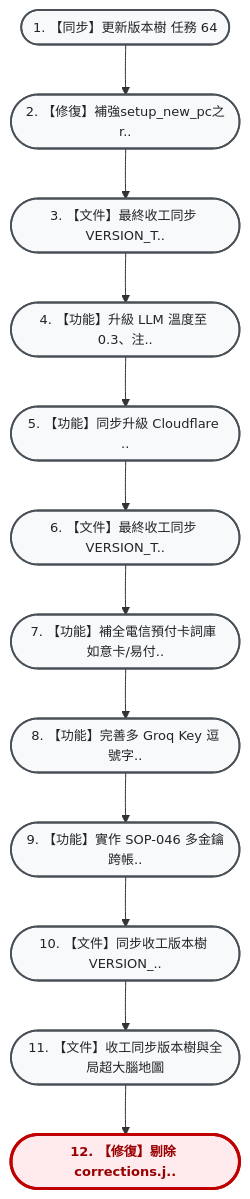
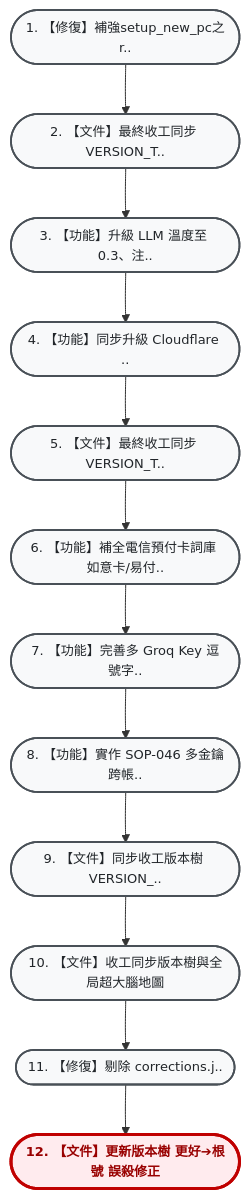
Before and after one commit to hjen8/NoType-Scribe: the diagram in VERSION_TREE.md, drawn with Mermaid. The commit also changed other lines of this file, not shown here.

Commit message:
docs: 收工同步版本樹與全局超大腦地圖 (Task 68 圓滿收工)

````diff
--- a/VERSION_TREE.md
+++ b/VERSION_TREE.md
@@ -13,32 +13,32 @@
 ```mermaid
 flowchart TD
     %% 雙壁版本樹專用視覺化配色風格 (由上而下 TD 垂直大字純中文版)
     classDef default fill:#f8f9fa,stroke:#495057,stroke-width:1.8px,color:#212529,font-size:13px;
     classDef current fill:#ffebee,stroke:#c00000,stroke-width:3px,color:#900,font-weight:bold,font-size:13px;
     classDef mergeNode fill:#e3f2fd,stroke:#1565c0,stroke-width:2px,color:#0d47a1,font-size:13px;
     classDef detour fill:#fff3e0,stroke:#e65100,stroke-width:2px,color:#b78103,font-size:13px;
     classDef transplant fill:#f3e5f5,stroke:#4a148c,stroke-width:2.5px,color:#4a148c,font-weight:bold,font-size:13px;
-    n_8efb4a5(["1. 【同步】更新版本樹 任務 64"]):::default
-    n_b742715(["2. 【修復】補強setup_new_pc之r.."]):::default
-    n_5fb84f1(["3. 【文件】最終收工同步 VERSION_T.."]):::default
-    n_d768dea(["4. 【功能】升級 LLM 溫度至 0.3、注.."]):::default
-    n_3c6dba7(["5. 【功能】同步升級 Cloudflare .."]):::default
-    n_bbc9770(["6. 【文件】最終收工同步 VERSION_T.."]):::default
-    n_7440da6(["7. 【功能】補全電信預付卡詞庫 如意卡/易付.."]):::default
-    n_4cc62de(["8. 【功能】完善多 Groq Key 逗號字.."]):::default
-    n_7373595(["9. 【功能】實作 SOP-046 多金鑰跨帳.."]):::default
-    n_c38586c(["10. 【文件】同步收工版本樹 VERSION_.."]):::default
-    n_bc83599(["11. 【文件】收工同步版本樹與全局超大腦地圖"]):::default
-    n_209af02(["12. 【修復】剔除 corrections.j.."]):::current
-    n_8efb4a5 --> n_b742715
+    n_b742715(["1. 【修復】補強setup_new_pc之r.."]):::default
+    n_5fb84f1(["2. 【文件】最終收工同步 VERSION_T.."]):::default
+    n_d768dea(["3. 【功能】升級 LLM 溫度至 0.3、注.."]):::default
+    n_3c6dba7(["4. 【功能】同步升級 Cloudflare .."]):::default
+    n_bbc9770(["5. 【文件】最終收工同步 VERSION_T.."]):::default
+    n_7440da6(["6. 【功能】補全電信預付卡詞庫 如意卡/易付.."]):::default
+    n_4cc62de(["7. 【功能】完善多 Groq Key 逗號字.."]):::default
+    n_7373595(["8. 【功能】實作 SOP-046 多金鑰跨帳.."]):::default
+    n_c38586c(["9. 【文件】同步收工版本樹 VERSION_.."]):::default
+    n_bc83599(["10. 【文件】收工同步版本樹與全局超大腦地圖"]):::default
+    n_209af02(["11. 【修復】剔除 corrections.j.."]):::default
+    n_dc9d613(["12. 【文件】更新版本樹 更好➔根號 誤殺修正"]):::current
     n_b742715 --> n_5fb84f1
     n_5fb84f1 --> n_d768dea
     n_d768dea --> n_3c6dba7
     n_3c6dba7 --> n_bbc9770
     n_bbc9770 --> n_7440da6
     n_7440da6 --> n_4cc62de
     n_4cc62de --> n_7373595
     n_7373595 --> n_c38586c
     n_c38586c --> n_bc83599
     n_bc83599 --> n_209af02
+    n_209af02 --> n_dc9d613
 ```
````
